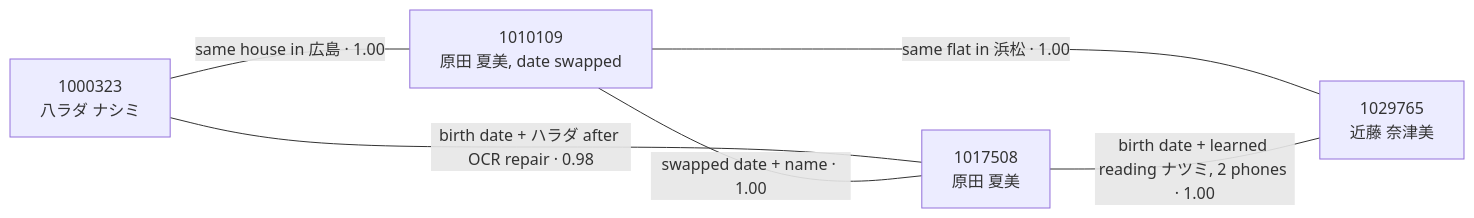
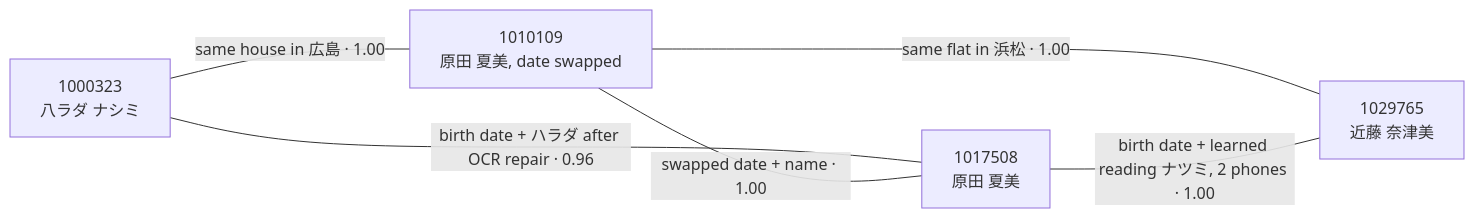
One commit to mvsbm/agent-workflow-studio changed the third of 7 diagrams in custom_nodes/agent_workflow_studio/export_docs/contact_matching.md. Above: the diagram before and after it, drawn with Mermaid.

Commit message:
docs: the worked example's OCR link scores 0.96 on the fixed code
Claude-Session: https://claude.ai/code/session_01TBhEZ9Kdkj46ENKUQjk9FP

````diff
--- a/custom_nodes/agent_workflow_studio/export_docs/contact_matching.md
+++ b/custom_nodes/agent_workflow_studio/export_docs/contact_matching.md
@@ -155,8 +155,8 @@
 ```mermaid
 flowchart LR
     A["1000323<br/>八ラダ ナシミ"] ---|"same house in 広島 · 1.00"| B["1010109<br/>原田 夏美, date swapped"]
-    A ---|"birth date + ハラダ after OCR repair · 0.98"| C["1017508<br/>原田 夏美"]
+    A ---|"birth date + ハラダ after OCR repair · 0.96"| C["1017508<br/>原田 夏美"]
     B ---|"swapped date + name · 1.00"| C
     B ---|"same flat in 浜松 · 1.00"| D["1029765<br/>近藤 奈津美"]
     C ---|"birth date + learned reading ナツミ, 2 phones · 1.00"| D
 ```
````
